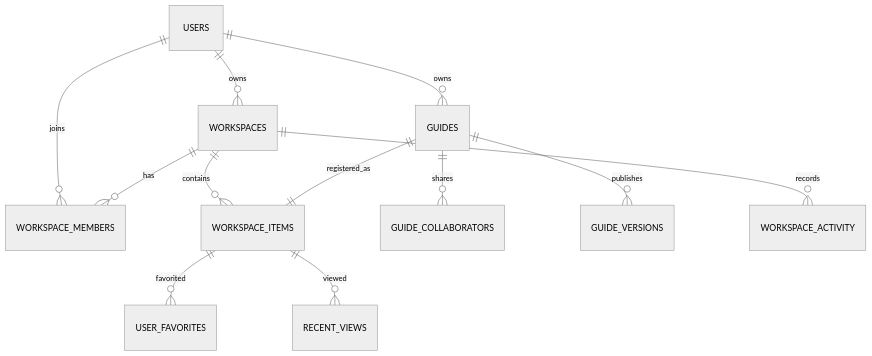
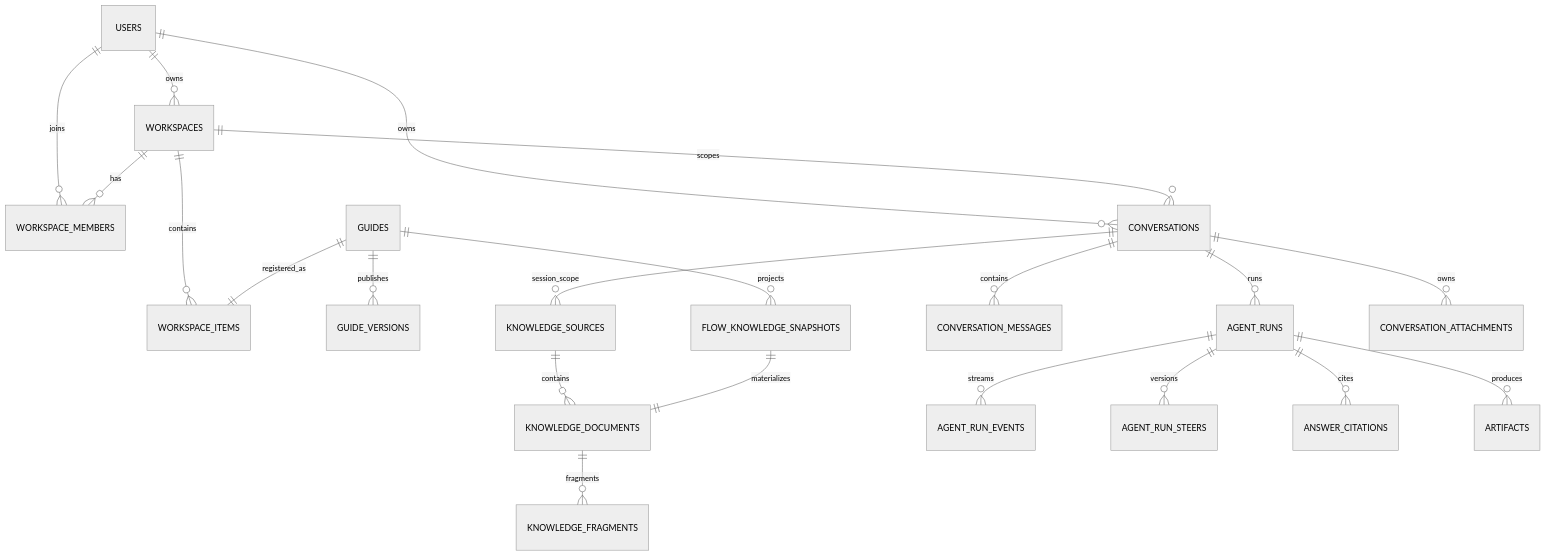
The diagram in docs/DATA_MODEL.md (YuanzheYanggg/GuideAnything), drawn with Mermaid (neutral theme) before and after one commit. The commit also changed other lines of this file and 60 other files, not shown here.

````diff
--- a/docs/DATA_MODEL.md
+++ b/docs/DATA_MODEL.md
@@ -26,14 +42,23 @@
 ```mermaid
 erDiagram
   USERS ||--o{ WORKSPACES : owns
   USERS ||--o{ WORKSPACE_MEMBERS : joins
   WORKSPACES ||--o{ WORKSPACE_MEMBERS : has
   WORKSPACES ||--o{ WORKSPACE_ITEMS : contains
   GUIDES ||--|| WORKSPACE_ITEMS : registered_as
-  USERS ||--o{ GUIDES : owns
-  GUIDES ||--o{ GUIDE_COLLABORATORS : shares
   GUIDES ||--o{ GUIDE_VERSIONS : publishes
-  WORKSPACE_ITEMS ||--o{ USER_FAVORITES : favorited
-  WORKSPACE_ITEMS ||--o{ RECENT_VIEWS : viewed
-  WORKSPACES ||--o{ WORKSPACE_ACTIVITY : records
+  GUIDES ||--o{ FLOW_KNOWLEDGE_SNAPSHOTS : projects
+  KNOWLEDGE_SOURCES ||--o{ KNOWLEDGE_DOCUMENTS : contains
+  KNOWLEDGE_DOCUMENTS ||--o{ KNOWLEDGE_FRAGMENTS : fragments
+  FLOW_KNOWLEDGE_SNAPSHOTS ||--|| KNOWLEDGE_DOCUMENTS : materializes
+  USERS ||--o{ CONVERSATIONS : owns
+  WORKSPACES ||--o{ CONVERSATIONS : scopes
+  CONVERSATIONS ||--o{ CONVERSATION_MESSAGES : contains
+  CONVERSATIONS ||--o{ AGENT_RUNS : runs
+  AGENT_RUNS ||--o{ AGENT_RUN_EVENTS : streams
+  AGENT_RUNS ||--o{ AGENT_RUN_STEERS : versions
+  AGENT_RUNS ||--o{ ANSWER_CITATIONS : cites
+  AGENT_RUNS ||--o{ ARTIFACTS : produces
+  CONVERSATIONS ||--o{ CONVERSATION_ATTACHMENTS : owns
+  CONVERSATIONS ||--o{ KNOWLEDGE_SOURCES : session_scope
 ```
````
